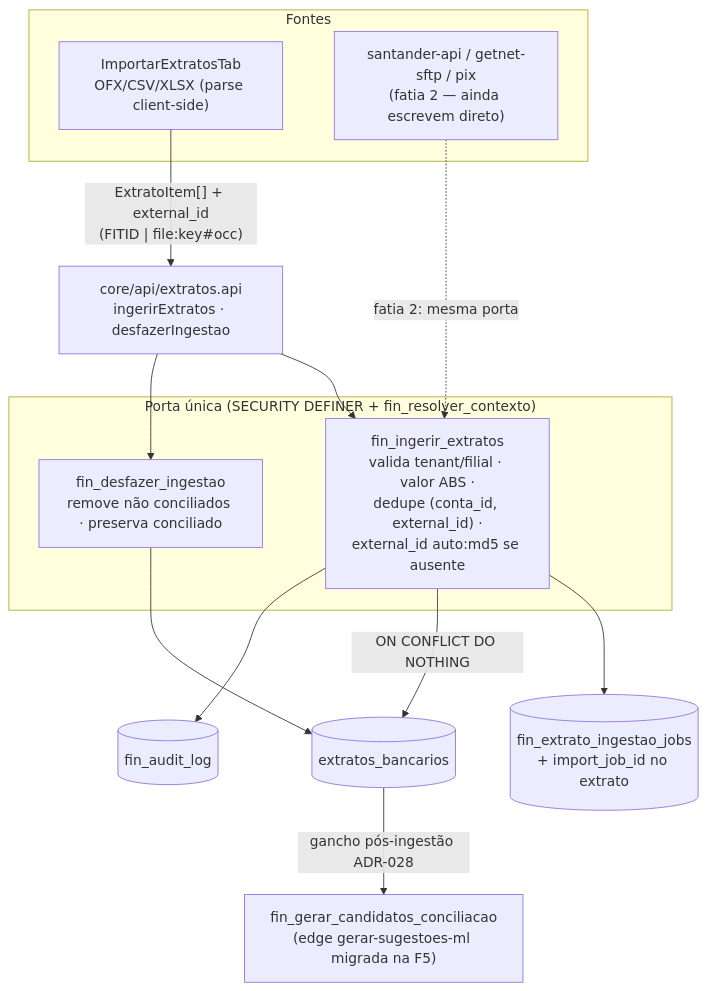
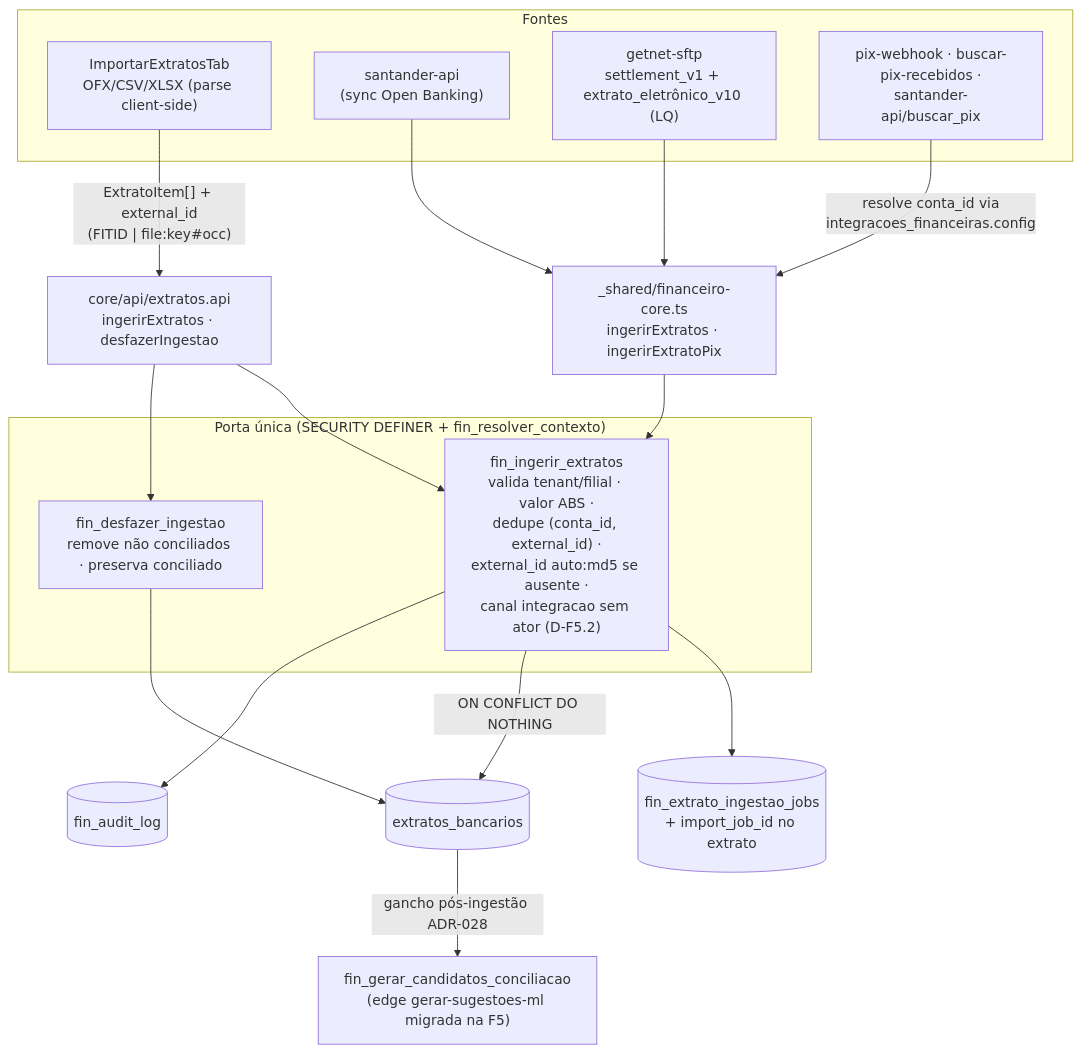
The seventh of 7 diagrams in docs/diagramas/fluxo-financeiro.md (adrianoapc/igreja-carvalho), drawn with Mermaid before and after one commit. The commit also changed other lines of this file and 8 other files, not shown here.

First line of the commit message:
feat(financeiro): F5 — conclui a fatia 2 (getnet-sftp + PIX na porta única)

````diff
--- a/docs/diagramas/fluxo-financeiro.md
+++ b/docs/diagramas/fluxo-financeiro.md
@@ -373,25 +378,31 @@
 ```mermaid
 flowchart TD
     subgraph SRC["Fontes"]
         OFX["ImportarExtratosTab\nOFX/CSV/XLSX (parse client-side)"]
-        SAN["santander-api / getnet-sftp / pix\n(fatia 2 — ainda escrevem direto)"]
+        SAN["santander-api\n(sync Open Banking)"]
+        GET["getnet-sftp\nsettlement_v1 + extrato_eletrônico_v10 (LQ)"]
+        PIX["pix-webhook · buscar-pix-recebidos ·\nsantander-api/buscar_pix"]
     end
 
     EAPI["core/api/extratos.api\ningerirExtratos · desfazerIngestao"]
+    SHIM["_shared/financeiro-core.ts\ningerirExtratos · ingerirExtratoPix"]
     OFX -->|"ExtratoItem[] + external_id\n(FITID | file:key#occ)"| EAPI
+    SAN --> SHIM
+    GET --> SHIM
+    PIX -->|"resolve conta_id via\nintegracoes_financeiras.config"| SHIM
 
     subgraph RPC["Porta única (SECURITY DEFINER + fin_resolver_contexto)"]
-        ING["fin_ingerir_extratos\nvalida tenant/filial · valor ABS ·\ndedupe (conta_id, external_id) ·\nexternal_id auto:md5 se ausente"]
+        ING["fin_ingerir_extratos\nvalida tenant/filial · valor ABS ·\ndedupe (conta_id, external_id) ·\nexternal_id auto:md5 se ausente ·\ncanal integracao sem ator (D-F5.2)"]
         UNDO["fin_desfazer_ingestao\nremove não conciliados · preserva conciliado"]
     end
     EAPI --> ING
     EAPI --> UNDO
+    SHIM --> ING
 
     ING --> JOB[(fin_extrato_ingestao_jobs\n+ import_job_id no extrato)]
     ING -->|ON CONFLICT DO NOTHING| EXT[(extratos_bancarios)]
     ING --> AUD[(fin_audit_log)]
     UNDO --> EXT
 
-    SAN -.->|fatia 2: mesma porta| ING
     EXT -->|gancho pós-ingestão ADR-028| SCORE["fin_gerar_candidatos_conciliacao\n(edge gerar-sugestoes-ml migrada na F5)"]
 ```
````
